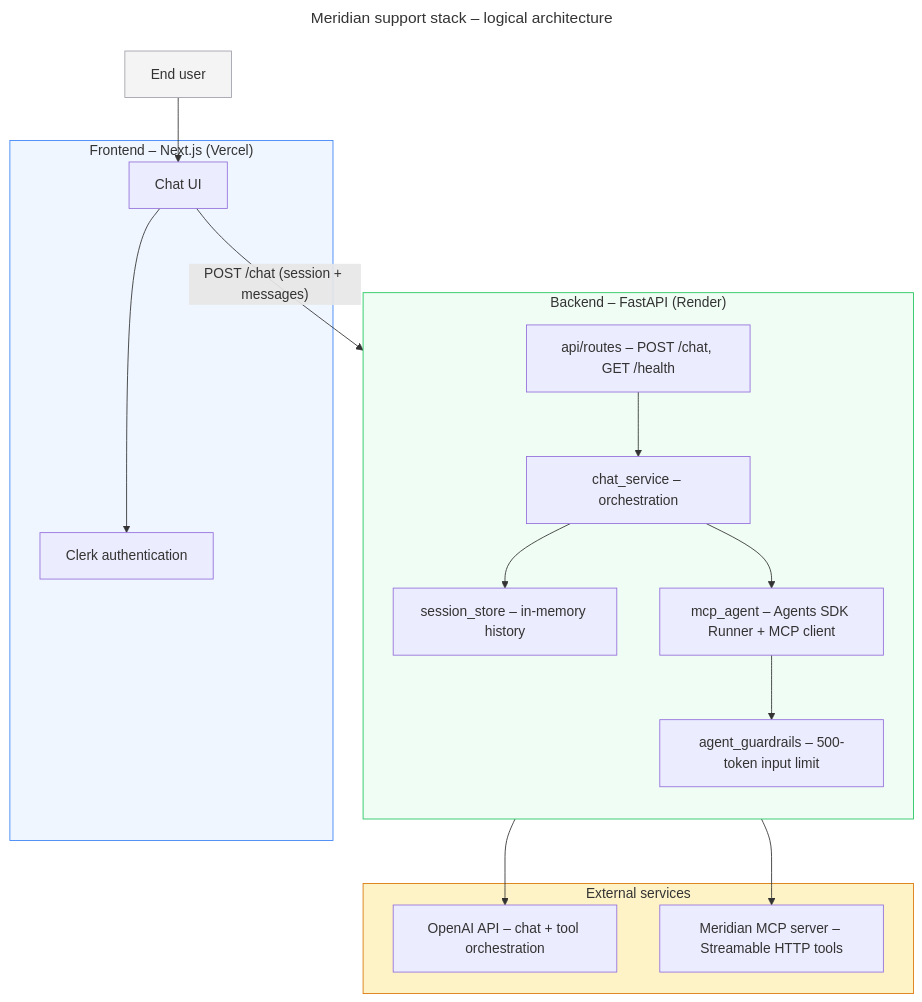
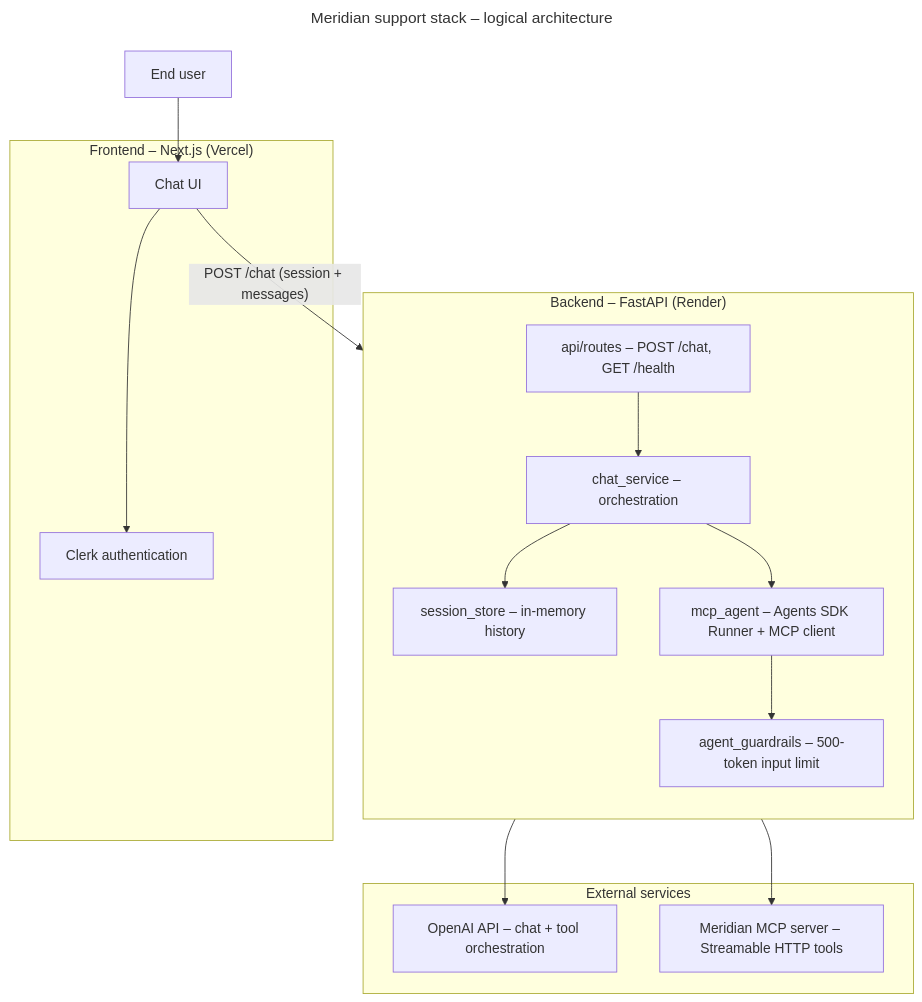
One commit to mainanorbert/mcp-task changed the first of 3 diagrams in backend-mcp/architecture/overview.md. Above: the diagram before and after it, drawn with Mermaid. The commit also changed 3 other files, not shown here.

````diff
--- a/backend-mcp/architecture/overview.md
+++ b/backend-mcp/architecture/overview.md
@@ -9,41 +9,36 @@
 ```mermaid
 ---
 title: Meridian support stack – logical architecture
 ---
 flowchart TB
   U["End user"]
 
   subgraph client["Frontend – Next.js (Vercel)"]
     UI["Chat UI"]
     CL["Clerk authentication"]
   end
 
   subgraph backend["Backend – FastAPI (Render)"]
     direction TB
     HTTP["api/routes – POST /chat, GET /health"]
     CS["chat_service – orchestration"]
     SS["session_store – in-memory history"]
     MA["mcp_agent – Agents SDK Runner + MCP client"]
     GR["agent_guardrails – 500-token input limit"]
     HTTP --> CS
     CS --> SS
     CS --> MA
     MA --> GR
   end
 
   subgraph external["External services"]
     OAI["OpenAI API – chat + tool orchestration"]
     MCP["Meridian MCP server – Streamable HTTP tools"]
   end
 
   U --> UI
   UI --> CL
   UI -->|"POST /chat (session + messages)"| HTTP
   MA --> OAI
   MA --> MCP
-
-  style U fill:#f4f4f5,stroke:#a1a1aa
-  style client fill:#eff6ff,stroke:#3b82f6
-  style backend fill:#f0fdf4,stroke:#22c55e
-  style external fill:#fef3c7,stroke:#d97706
 ```
````
